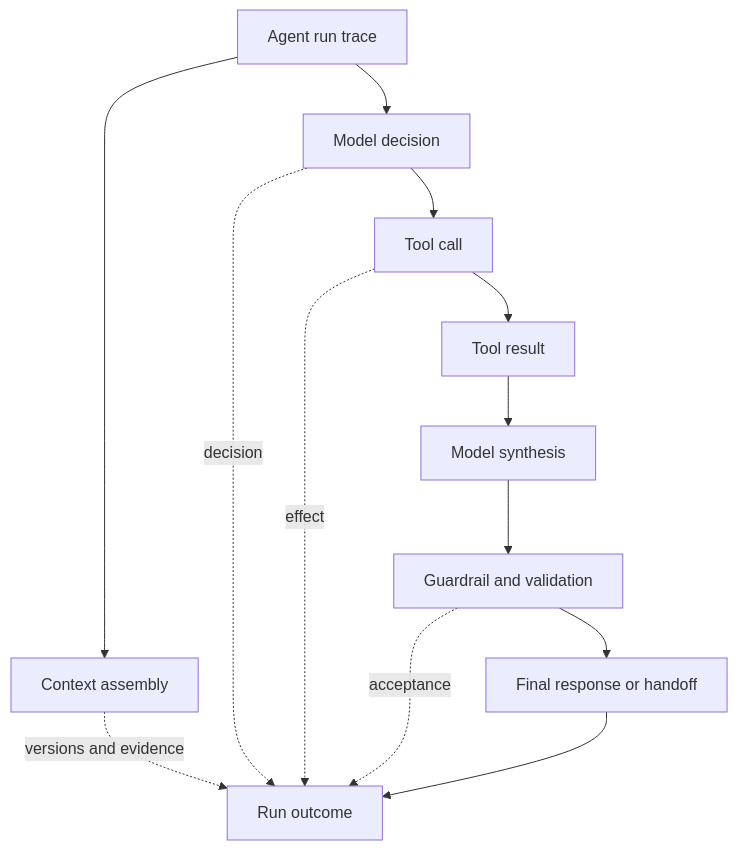
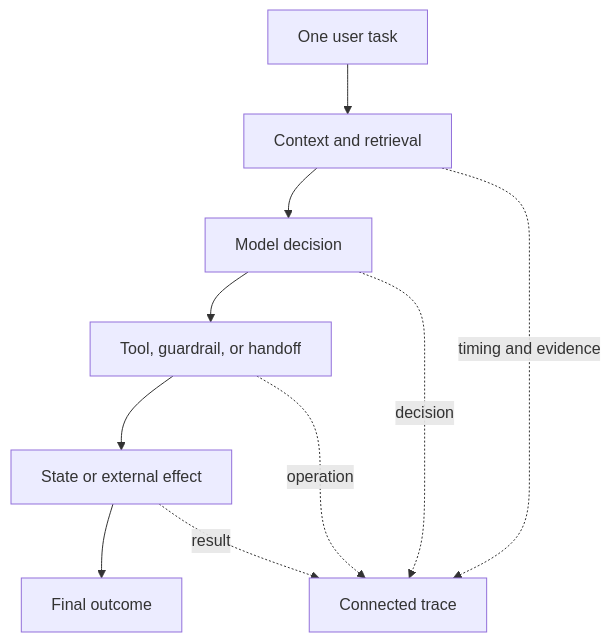
The first of 9 diagrams in roadmaps/mlops/modules/llmops/runtime-observability/01-agent-tracing.md (senlinyy/dev-roadmaps), drawn with Mermaid before and after one commit. The commit also changed other lines of this file and 198 other files, not shown here.

````diff
--- a/roadmaps/mlops/modules/llmops/runtime-observability/01-agent-tracing.md
+++ b/roadmaps/mlops/modules/llmops/runtime-observability/01-agent-tracing.md
@@ -18,15 +39,12 @@
 ```mermaid
 flowchart TD
-    A[Agent run trace] --> B[Context assembly]
-    A --> C[Model decision]
-    C --> D[Tool call]
-    D --> E[Tool result]
-    E --> F[Model synthesis]
-    F --> G[Guardrail and validation]
-    G --> H[Final response or handoff]
-    B -. versions and evidence .-> I[Run outcome]
-    C -. decision .-> I
-    D -. effect .-> I
-    G -. acceptance .-> I
-    H --> I
+    A["One user task"] --> B["Context and retrieval"]
+    B --> C["Model decision"]
+    C --> D["Tool, guardrail, or handoff"]
+    D --> E["State or external effect"]
+    E --> F["Final outcome"]
+    B -. "timing and evidence" .-> G["Connected trace"]
+    C -. "decision" .-> G
+    D -. "operation" .-> G
+    E -. "result" .-> G
 ```
````
